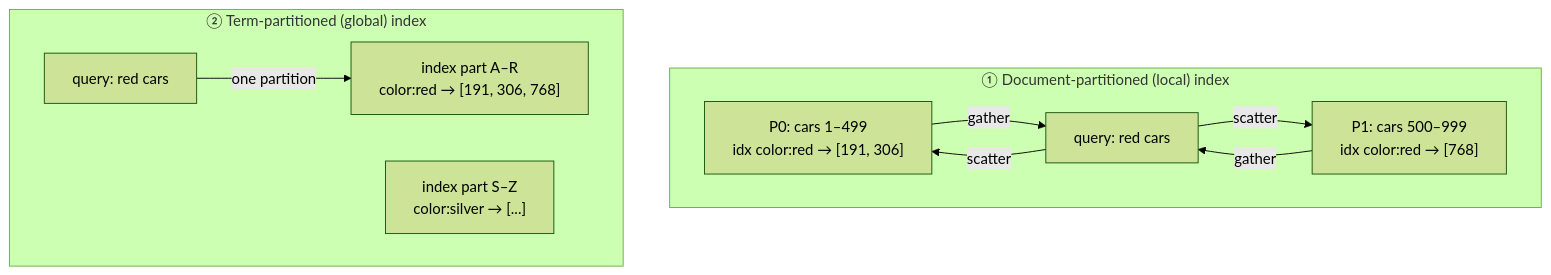
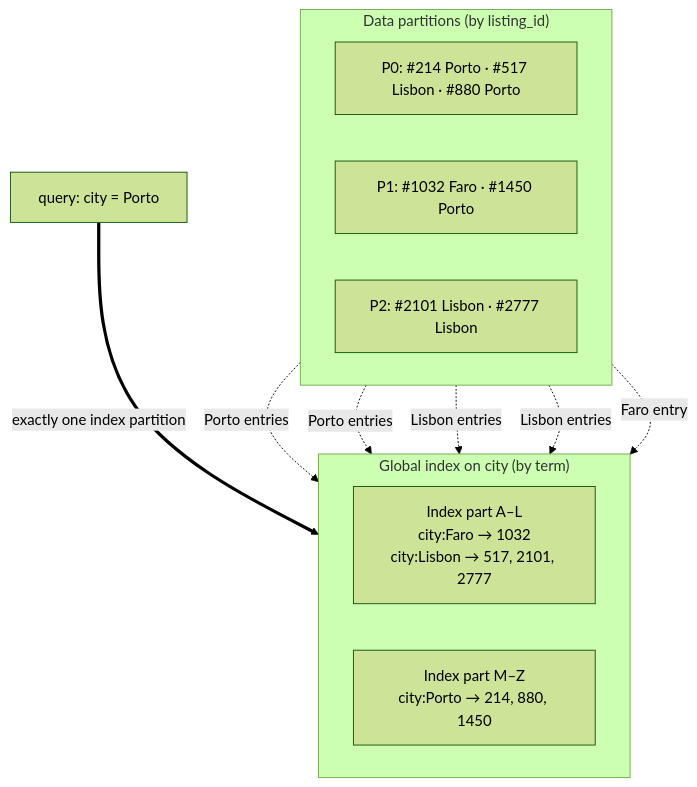
One commit to pratikguru998/ddia-book changed diagram 13 of 26 in docs/chapters/part-2/06-partitioning.mdx. Above: the diagram before and after it, drawn with Mermaid (forest theme). The commit also changed other lines of this file and 13 other files, not shown here.

Commit message:
Expand all 12 chapters: every book subsection, deeper notes, ~320 diagrams

````diff
--- a/docs/chapters/part-2/06-partitioning.mdx
+++ b/docs/chapters/part-2/06-partitioning.mdx
@@ -93,17 +530,18 @@
 ```mermaid
 flowchart TB
-  subgraph LOCAL["① Document-partitioned (local) index"]
+  subgraph DATA["Data partitions (by listing_id)"]
     direction LR
-    LP1["P0: cars 1–499<br/>idx color:red → [191, 306]"]
-    LP2["P1: cars 500–999<br/>idx color:red → [768]"]
-    Q1["query: red cars"] -->|"scatter"| LP1
-    Q1 -->|"scatter"| LP2
-    LP1 & LP2 -->|"gather"| Q1
+    DP0["P0: #214 Porto · #517 Lisbon · #880 Porto"]
+    DP1["P1: #1032 Faro · #1450 Porto"]
+    DP2["P2: #2101 Lisbon · #2777 Lisbon"]
   end
-  subgraph GLOBAL["② Term-partitioned (global) index"]
+  subgraph IDX["Global index on city (by term)"]
     direction LR
-    GI1["index part A–R<br/>color:red → [191, 306, 768]"]
-    GI2["index part S–Z<br/>color:silver → [...]"]
-    Q2["query: red cars"] -->|"one partition"| GI1
+    IX0["Index part A–L<br/>city:Faro → 1032<br/>city:Lisbon → 517, 2101, 2777"]
+    IX1["Index part M–Z<br/>city:Porto → 214, 880, 1450"]
   end
+  DP0 & DP1 -.->|"Porto entries"| IX1
+  DP0 & DP2 -.->|"Lisbon entries"| IX0
+  DP1 -.->|"Faro entry"| IX0
+  Q["query: city = Porto"] ==>|"exactly one index partition"| IX1
 ```
````
